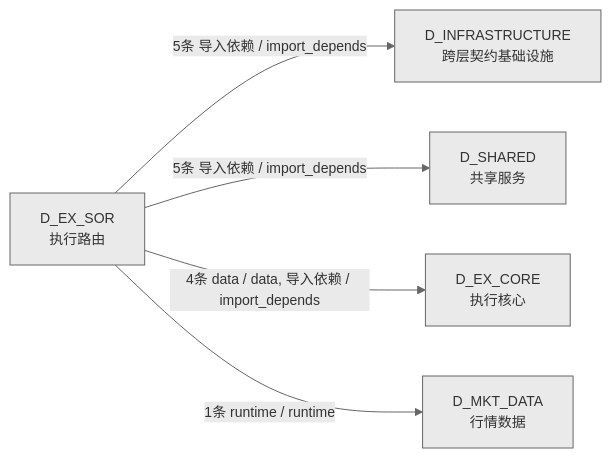
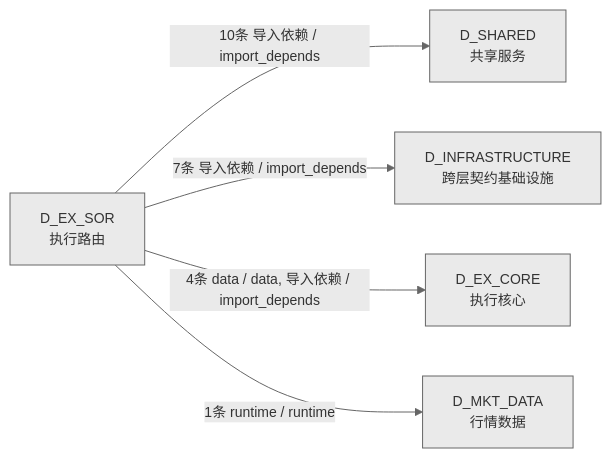
Before and after one commit to xuanFelixVan/ZephyrAlpha: the fourth of 4 diagrams in docs/02_enterprise_architecture/02_domain_architecture_docs/45_d_ex_sor.md, drawn with Mermaid. The commit also changed other lines of this file and 58 other files, not shown here.

````diff
--- a/docs/02_enterprise_architecture/02_domain_architecture_docs/45_d_ex_sor.md
+++ b/docs/02_enterprise_architecture/02_domain_architecture_docs/45_d_ex_sor.md
@@ -228,13 +239,13 @@
 ```mermaid
 %%{init: {'theme': 'base', 'themeVariables': {'primaryColor': '#eaeaea', 'primaryTextColor': '#333333', 'primaryBorderColor': '#666666', 'lineColor': '#666666', 'secondaryColor': '#eaeaea', 'tertiaryColor': '#eaeaea', 'fontSize': '14px'}}}%%
 graph LR
     D_EX_SOR["D_EX_SOR<br/>执行路由"]
+    D_SHARED["D_SHARED<br/>共享服务"]
     D_INFRASTRUCTURE["D_INFRASTRUCTURE<br/>跨层契约基础设施"]
-    D_SHARED["D_SHARED<br/>共享服务"]
     D_EX_CORE["D_EX_CORE<br/>执行核心"]
     D_MKT_DATA["D_MKT_DATA<br/>行情数据"]
-    D_EX_SOR -->|5条 导入依赖 / import_depends| D_INFRASTRUCTURE
-    D_EX_SOR -->|5条 导入依赖 / import_depends| D_SHARED
+    D_EX_SOR -->|10条 导入依赖 / import_depends| D_SHARED
+    D_EX_SOR -->|7条 导入依赖 / import_depends| D_INFRASTRUCTURE
     D_EX_SOR -->|4条 data / data, 导入依赖 / import_depends| D_EX_CORE
     D_EX_SOR -->|1条 runtime / runtime| D_MKT_DATA
 ```
````
